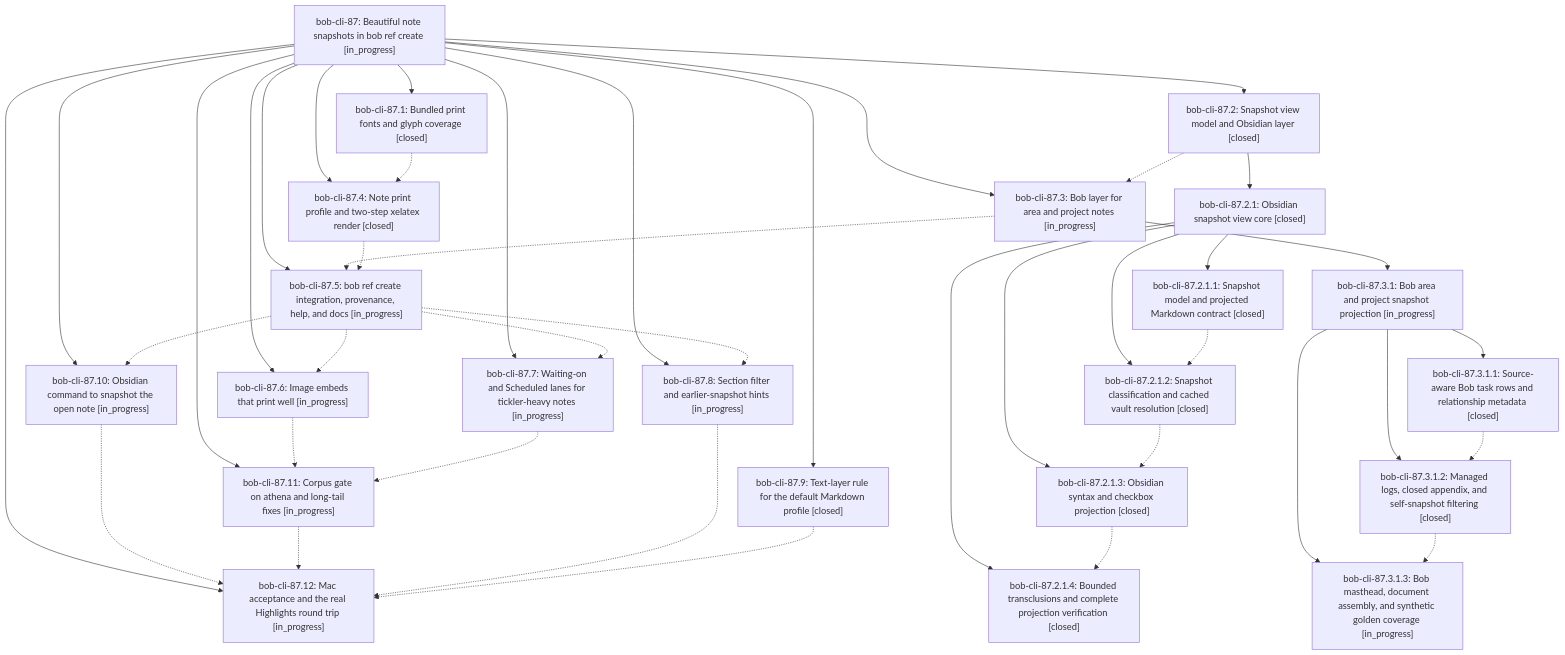
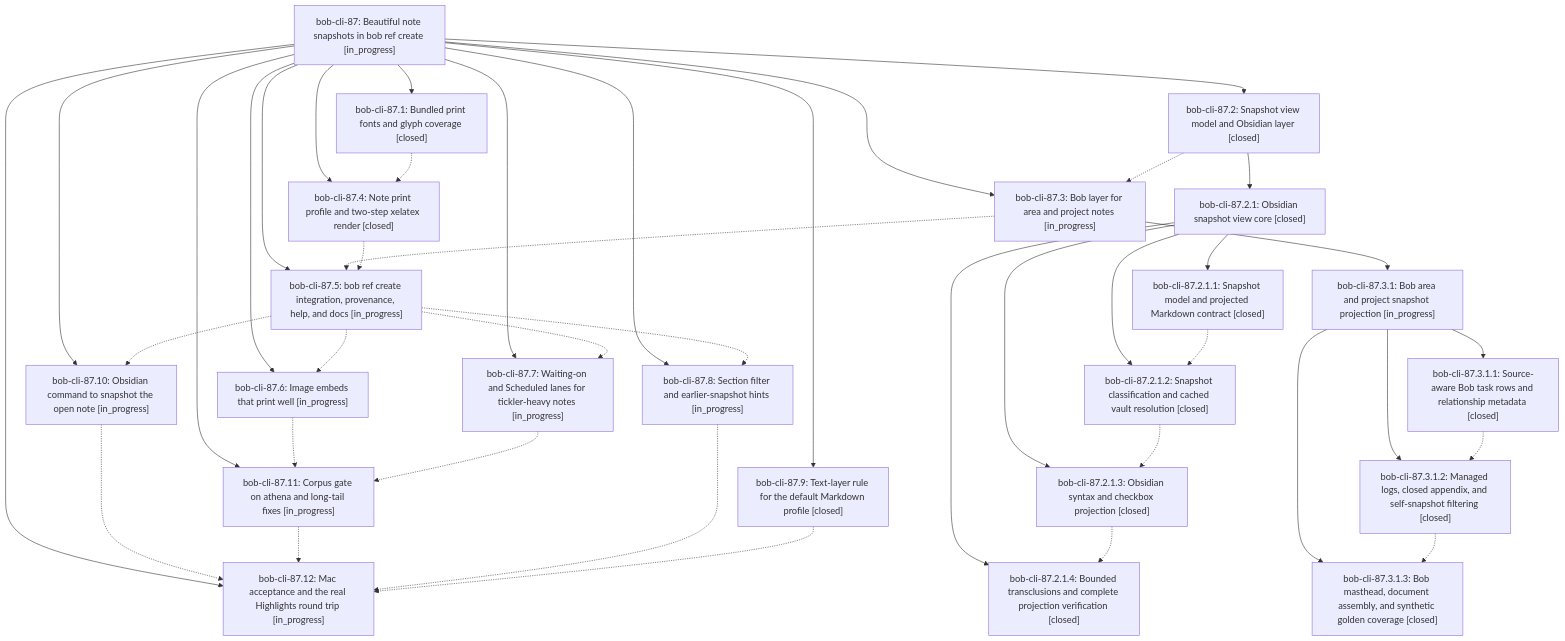
Before and after one commit to bobs-org/bob-cli--beads: the diagram in pages/bob-cli-87/README.md, drawn with Mermaid. The commit also changed other lines of this file and 3 other files, not shown here.

First line of the commit message:
chore(beads): sync bead state and pages for bob-cli-87

````diff
--- a/pages/bob-cli-87/README.md
+++ b/pages/bob-cli-87/README.md
@@ -51,65 +53,65 @@
 ```mermaid
 flowchart TD
     n0["bob-cli-87: Beautiful note snapshots in bob ref create [in_progress]"]
     n1["bob-cli-87.1: Bundled print fonts and glyph coverage [closed]"]
     n2["bob-cli-87.10: Obsidian command to snapshot the open note [in_progress]"]
     n3["bob-cli-87.11: Corpus gate on athena and long-tail fixes [in_progress]"]
     n4["bob-cli-87.12: Mac acceptance and the real Highlights round trip [in_progress]"]
     n5["bob-cli-87.2: Snapshot view model and Obsidian layer [closed]"]
     n6["bob-cli-87.2.1: Obsidian snapshot view core [closed]"]
     n7["bob-cli-87.2.1.1: Snapshot model and projected Markdown contract [closed]"]
     n8["bob-cli-87.2.1.2: Snapshot classification and cached vault resolution [closed]"]
     n9["bob-cli-87.2.1.3: Obsidian syntax and checkbox projection [closed]"]
     n10["bob-cli-87.2.1.4: Bounded transclusions and complete projection verification [closed]"]
     n11["bob-cli-87.3: Bob layer for area and project notes [in_progress]"]
     n12["bob-cli-87.3.1: Bob area and project snapshot projection [in_progress]"]
     n13["bob-cli-87.3.1.1: Source-aware Bob task rows and relationship metadata [closed]"]
     n14["bob-cli-87.3.1.2: Managed logs, closed appendix, and self-snapshot filtering [closed]"]
-    n15["bob-cli-87.3.1.3: Bob masthead, document assembly, and synthetic golden coverage [in_progress]"]
+    n15["bob-cli-87.3.1.3: Bob masthead, document assembly, and synthetic golden coverage [closed]"]
     n16["bob-cli-87.4: Note print profile and two-step xelatex render [closed]"]
     n17["bob-cli-87.5: bob ref create integration, provenance, help, and docs [in_progress]"]
     n18["bob-cli-87.6: Image embeds that print well [in_progress]"]
     n19["bob-cli-87.7: Waiting-on and Scheduled lanes for tickler-heavy notes [in_progress]"]
     n20["bob-cli-87.8: Section filter and earlier-snapshot hints [in_progress]"]
     n21["bob-cli-87.9: Text-layer rule for the default Markdown profile [closed]"]
     n0 --> n1
     n0 --> n2
     n0 --> n3
     n0 --> n4
     n0 --> n5
     n5 --> n6
     n6 --> n7
     n6 --> n8
     n6 --> n9
     n6 --> n10
     n0 --> n11
     n11 --> n12
     n12 --> n13
     n12 --> n14
     n12 --> n15
     n0 --> n16
     n0 --> n17
     n0 --> n18
     n0 --> n19
     n0 --> n20
     n0 --> n21
     n1 -.-> n16
     n2 -.-> n4
     n3 -.-> n4
     n5 -.-> n11
     n7 -.-> n8
     n8 -.-> n9
     n9 -.-> n10
     n11 -.-> n17
     n13 -.-> n14
     n14 -.-> n15
     n16 -.-> n17
     n17 -.-> n2
     n17 -.-> n18
     n17 -.-> n19
     n17 -.-> n20
     n18 -.-> n3
     n19 -.-> n3
     n20 -.-> n4
     n21 -.-> n4
 ```
````
